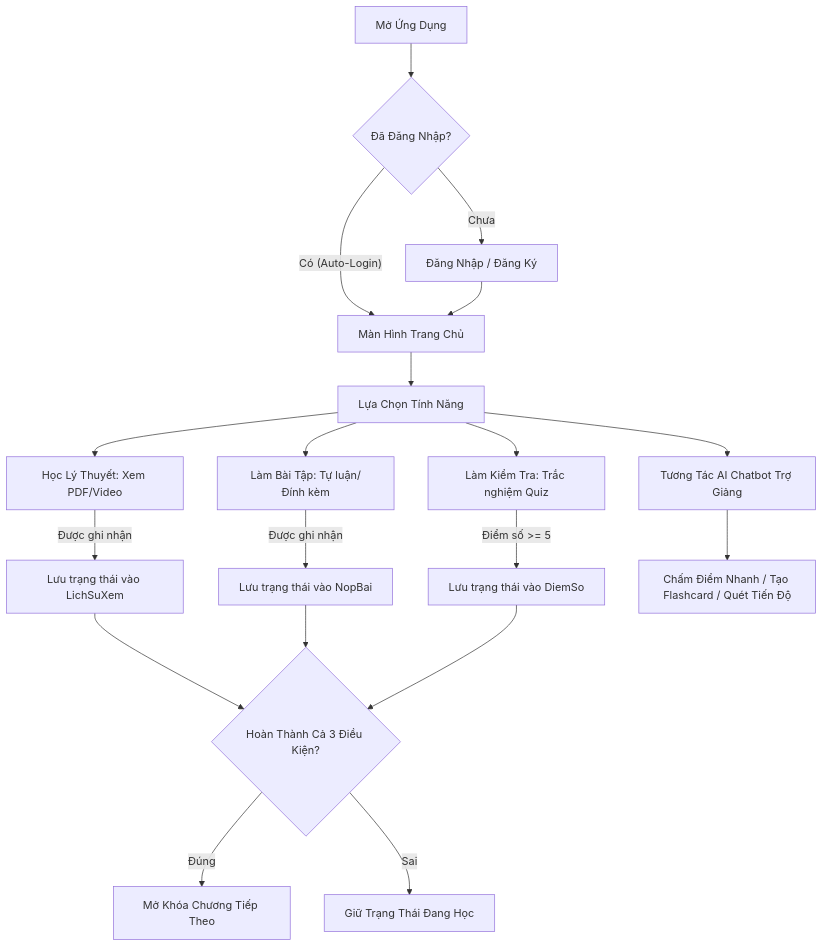
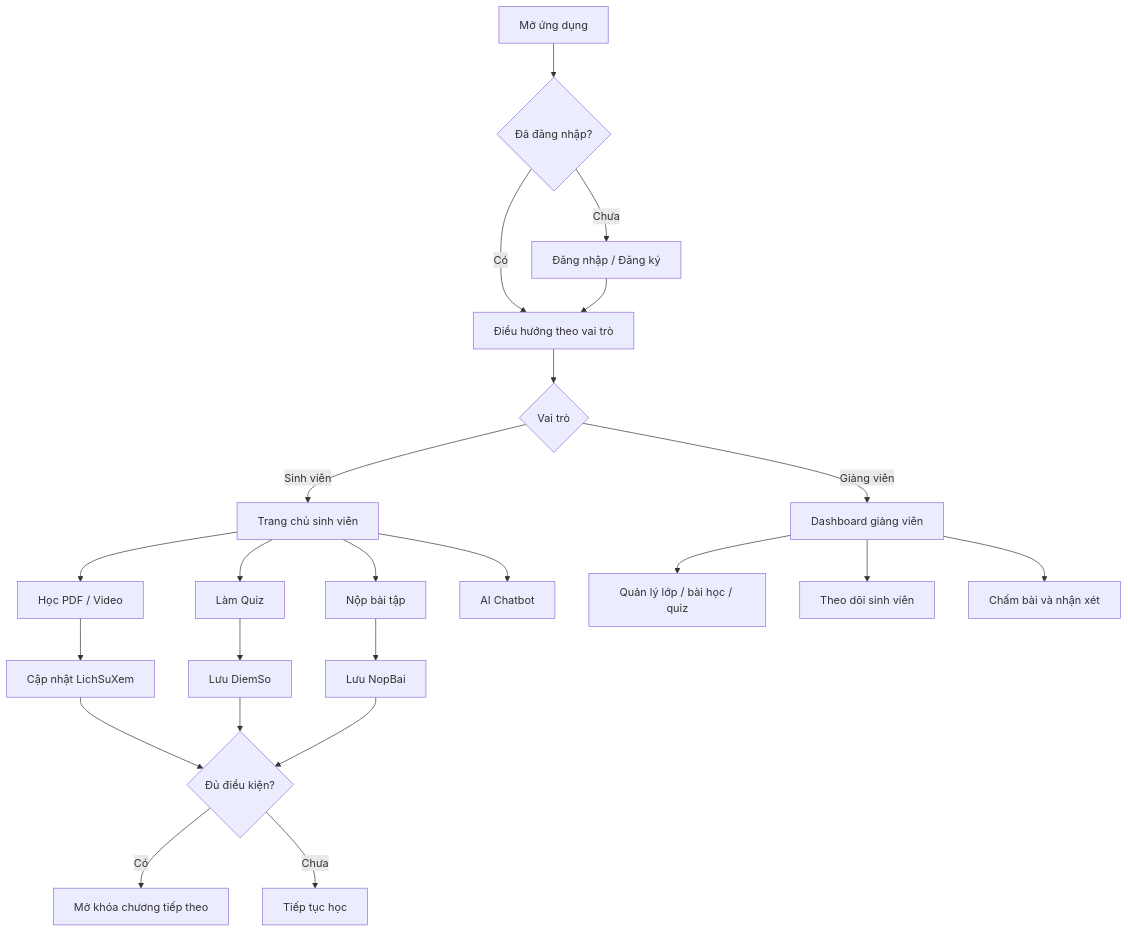
One commit to PhucDnag/App_QuanLyHocTap changed the third of 4 diagrams in README.md. Above: the diagram before and after it, drawn with Mermaid. The commit also changed other lines of this file, not shown here.

````diff
--- a/README.md
+++ b/README.md
@@ -120,19 +293,25 @@
 ```mermaid
 graph TD
-    A[Mở Ứng Dụng] --> B{Đã Đăng Nhập?}
-    B -- Có (Auto-Login) --> D[Màn Hình Trang Chủ]
-    B -- Chưa --> C[Đăng Nhập / Đăng Ký]
-    C --> D
-    D --> E[Lựa Chọn Tính Năng]
-    E --> F[Học Lý Thuyết: Xem PDF/Video]
-    F -->|Được ghi nhận| K[Lưu trạng thái vào LichSuXem]
-    E --> G[Làm Bài Tập: Tự luận/Đính kèm]
-    G -->|Được ghi nhận| H[Lưu trạng thái vào NopBai]
-    E --> I[Làm Kiểm Tra: Trắc nghiệm Quiz]
-    I -->|Điểm số >= 5| J[Lưu trạng thái vào DiemSo]
-    K & H & J --> L{Hoàn Thành Cả 3 Điều Kiện?}
-    L -- Đúng --> M[Mở Khóa Chương Tiếp Theo]
-    L -- Sai --> N[Giữ Trạng Thái Đang Học]
-    E --> O[Tương Tác AI Chatbot Trợ Giảng]
-    O --> P[Chấm Điểm Nhanh / Tạo Flashcard / Quét Tiến Độ]
+    A[Mở ứng dụng] --> B{Đã đăng nhập?}
+    B -- Có --> C[Điều hướng theo vai trò]
+    B -- Chưa --> D[Đăng nhập / Đăng ký]
+    D --> C
+    C --> E{Vai trò}
+    E -- Sinh viên --> F[Trang chủ sinh viên]
+    E -- Giảng viên --> G[Dashboard giảng viên]
+    F --> H[Học PDF / Video]
+    F --> I[Làm Quiz]
+    F --> J[Nộp bài tập]
+    F --> K[AI Chatbot]
+    H --> L[Cập nhật LichSuXem]
+    I --> M[Lưu DiemSo]
+    J --> N[Lưu NopBai]
+    L --> O{Đủ điều kiện?}
+    M --> O
+    N --> O
+    O -- Có --> P[Mở khóa chương tiếp theo]
+    O -- Chưa --> Q[Tiếp tục học]
+    G --> R[Quản lý lớp / bài học / quiz]
+    G --> S[Theo dõi sinh viên]
+    G --> T[Chấm bài và nhận xét]
 ```
````
